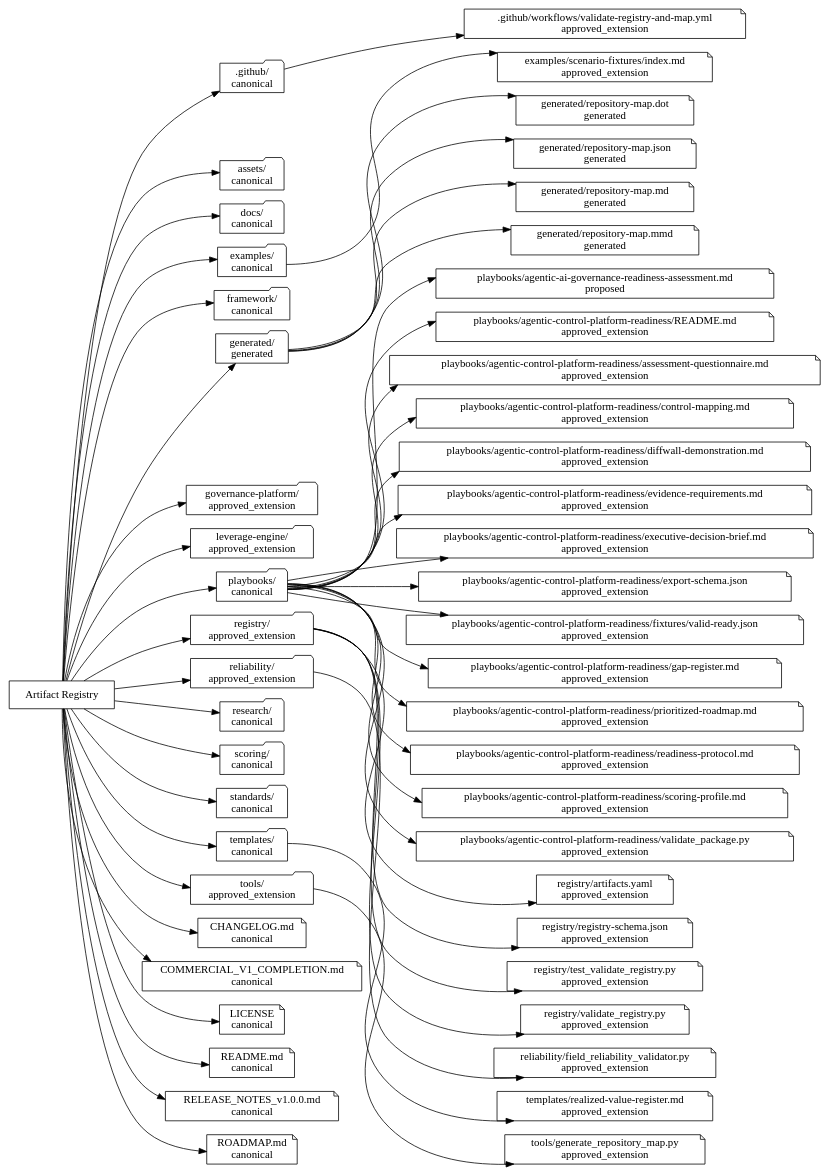
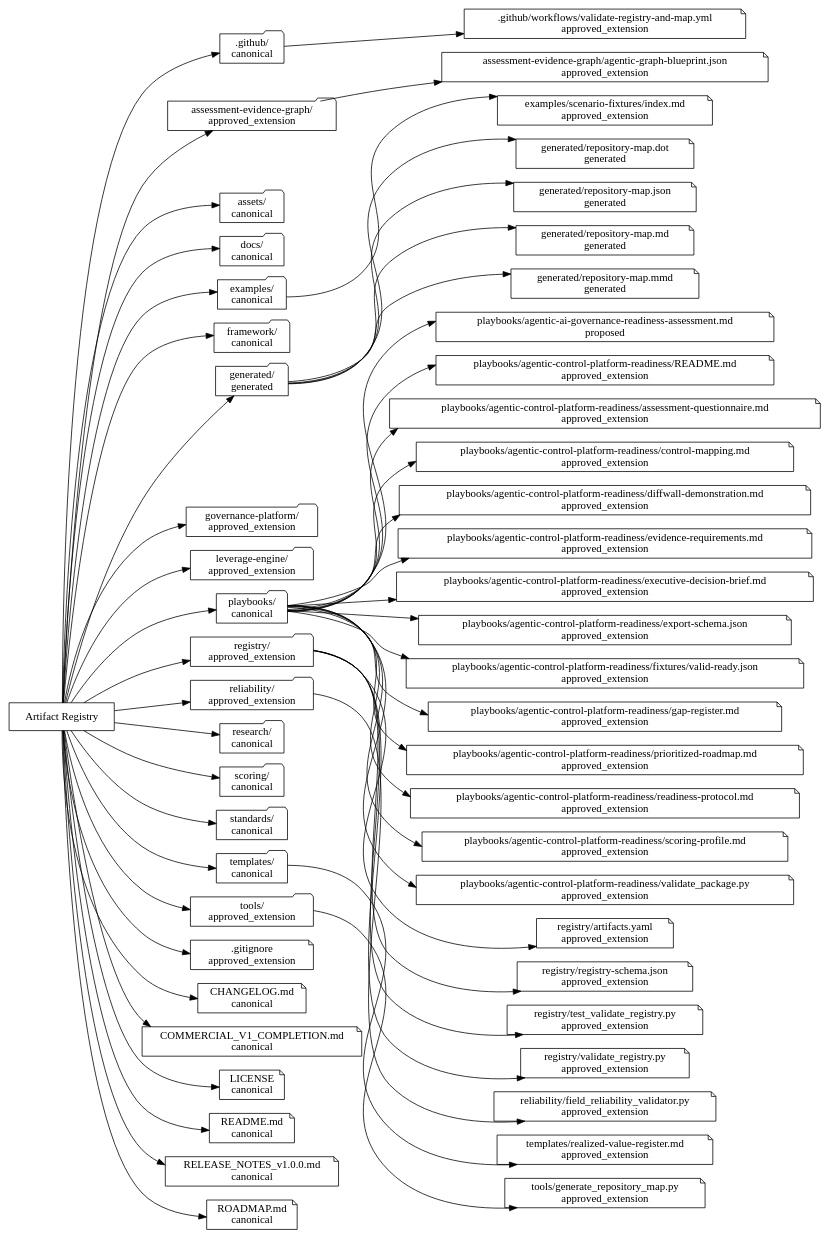
Before and after one commit to dburt-proex/operator-intelligence: the diagram in generated/repository-map.dot, drawn with Graphviz. The commit also changed 22 other files, not shown here.

Commit message:
feat(ge001): reconstruct assessment evidence graph application slice

```diff
--- a/generated/repository-map.dot
+++ b/generated/repository-map.dot
@@ -1,102 +1,108 @@
 digraph OperatorIntelligence {
   rankdir="LR";
   registry [label="Artifact Registry", shape=box];
   root1 [label=".github/\ncanonical", shape=folder];
   registry -> root1;
-  root2 [label="assets/\ncanonical", shape=folder];
+  root2 [label="assessment-evidence-graph/\napproved_extension", shape=folder];
   registry -> root2;
-  root3 [label="docs/\ncanonical", shape=folder];
+  root3 [label="assets/\ncanonical", shape=folder];
   registry -> root3;
-  root4 [label="examples/\ncanonical", shape=folder];
+  root4 [label="docs/\ncanonical", shape=folder];
   registry -> root4;
-  root5 [label="framework/\ncanonical", shape=folder];
+  root5 [label="examples/\ncanonical", shape=folder];
   registry -> root5;
-  root6 [label="generated/\ngenerated", shape=folder];
+  root6 [label="framework/\ncanonical", shape=folder];
   registry -> root6;
-  root7 [label="governance-platform/\napproved_extension", shape=folder];
+  root7 [label="generated/\ngenerated", shape=folder];
   registry -> root7;
-  root8 [label="leverage-engine/\napproved_extension", shape=folder];
+  root8 [label="governance-platform/\napproved_extension", shape=folder];
   registry -> root8;
-  root9 [label="playbooks/\ncanonical", shape=folder];
+  root9 [label="leverage-engine/\napproved_extension", shape=folder];
   registry -> root9;
-  root10 [label="registry/\napproved_extension", shape=folder];
+  root10 [label="playbooks/\ncanonical", shape=folder];
   registry -> root10;
-  root11 [label="reliability/\napproved_extension", shape=folder];
+  root11 [label="registry/\napproved_extension", shape=folder];
   registry -> root11;
-  root12 [label="research/\ncanonical", shape=folder];
+  root12 [label="reliability/\napproved_extension", shape=folder];
   registry -> root12;
-  root13 [label="scoring/\ncanonical", shape=folder];
+  root13 [label="research/\ncanonical", shape=folder];
   registry -> root13;
-  root14 [label="standards/\ncanonical", shape=folder];
+  root14 [label="scoring/\ncanonical", shape=folder];
   registry -> root14;
-  root15 [label="templates/\ncanonical", shape=folder];
+  root15 [label="standards/\ncanonical", shape=folder];
   registry -> root15;
-  root16 [label="tools/\napproved_extension", shape=folder];
+  root16 [label="templates/\ncanonical", shape=folder];
   registry -> root16;
+  root17 [label="tools/\napproved_extension", shape=folder];
+  registry -> root17;
   artifact1 [label=".github/workflows/validate-registry-and-map.yml\napproved_extension", shape=note];
   root1 -> artifact1;
-  artifact2 [label="CHANGELOG.md\ncanonical", shape=note];
+  artifact2 [label=".gitignore\napproved_extension", shape=note];
   registry -> artifact2;
-  artifact3 [label="COMMERCIAL_V1_COMPLETION.md\ncanonical", shape=note];
+  artifact3 [label="CHANGELOG.md\ncanonical", shape=note];
   registry -> artifact3;
-  artifact4 [label="LICENSE\ncanonical", shape=note];
+  artifact4 [label="COMMERCIAL_V1_COMPLETION.md\ncanonical", shape=note];
   registry -> artifact4;
-  artifact5 [label="README.md\ncanonical", shape=note];
+  artifact5 [label="LICENSE\ncanonical", shape=note];
   registry -> artifact5;
-  artifact6 [label="RELEASE_NOTES_v1.0.0.md\ncanonical", shape=note];
+  artifact6 [label="README.md\ncanonical", shape=note];
   registry -> artifact6;
-  artifact7 [label="ROADMAP.md\ncanonical", shape=note];
+  artifact7 [label="RELEASE_NOTES_v1.0.0.md\ncanonical", shape=note];
   registry -> artifact7;
-  artifact8 [label="examples/scenario-fixtures/index.md\napproved_extension", shape=note];
-  root4 -> artifact8;
-  artifact9 [label="generated/repository-map.dot\ngenerated", shape=note];
-  root6 -> artifact9;
-  artifact10 [label="generated/repository-map.json\ngenerated", shape=note];
-  root6 -> artifact10;
-  artifact11 [label="generated/repository-map.md\ngenerated", shape=note];
-  root6 -> artifact11;
-  artifact12 [label="generated/repository-map.mmd\ngenerated", shape=note];
-  root6 -> artifact12;
-  artifact13 [label="playbooks/agentic-ai-governance-readiness-assessment.md\nproposed", shape=note];
-  root9 -> artifact13;
-  artifact14 [label="playbooks/agentic-control-platform-readiness/README.md\napproved_extension", shape=note];
-  root9 -> artifact14;
-  artifact15 [label="playbooks/agentic-control-platform-readiness/assessment-questionnaire.md\napproved_extension", shape=note];
-  root9 -> artifact15;
-  artifact16 [label="playbooks/agentic-control-platform-readiness/control-mapping.md\napproved_extension", shape=note];
-  root9 -> artifact16;
-  artifact17 [label="playbooks/agentic-control-platform-readiness/diffwall-demonstration.md\napproved_extension", shape=note];
-  root9 -> artifact17;
-  artifact18 [label="playbooks/agentic-control-platform-readiness/evidence-requirements.md\napproved_extension", shape=note];
-  root9 -> artifact18;
-  artifact19 [label="playbooks/agentic-control-platform-readiness/executive-decision-brief.md\napproved_extension", shape=note];
-  root9 -> artifact19;
-  artifact20 [label="playbooks/agentic-control-platform-readiness/export-schema.json\napproved_extension", shape=note];
-  root9 -> artifact20;
-  artifact21 [label="playbooks/agentic-control-platform-readiness/fixtures/valid-ready.json\napproved_extension", shape=note];
-  root9 -> artifact21;
-  artifact22 [label="playbooks/agentic-control-platform-readiness/gap-register.md\napproved_extension", shape=note];
-  root9 -> artifact22;
-  artifact23 [label="playbooks/agentic-control-platform-readiness/prioritized-roadmap.md\napproved_extension", shape=note];
-  root9 -> artifact23;
-  artifact24 [label="playbooks/agentic-control-platform-readiness/readiness-protocol.md\napproved_extension", shape=note];
-  root9 -> artifact24;
-  artifact25 [label="playbooks/agentic-control-platform-readiness/scoring-profile.md\napproved_extension", shape=note];
-  root9 -> artifact25;
-  artifact26 [label="playbooks/agentic-control-platform-readiness/validate_package.py\napproved_extension", shape=note];
-  root9 -> artifact26;
-  artifact27 [label="registry/artifacts.yaml\napproved_extension", shape=note];
+  artifact8 [label="ROADMAP.md\ncanonical", shape=note];
+  registry -> artifact8;
+  artifact9 [label="assessment-evidence-graph/agentic-graph-blueprint.json\napproved_extension", shape=note];
+  root2 -> artifact9;
+  artifact10 [label="examples/scenario-fixtures/index.md\napproved_extension", shape=note];
+  root5 -> artifact10;
+  artifact11 [label="generated/repository-map.dot\ngenerated", shape=note];
+  root7 -> artifact11;
+  artifact12 [label="generated/repository-map.json\ngenerated", shape=note];
+  root7 -> artifact12;
+  artifact13 [label="generated/repository-map.md\ngenerated", shape=note];
+  root7 -> artifact13;
+  artifact14 [label="generated/repository-map.mmd\ngenerated", shape=note];
+  root7 -> artifact14;
+  artifact15 [label="playbooks/agentic-ai-governance-readiness-assessment.md\nproposed", shape=note];
+  root10 -> artifact15;
+  artifact16 [label="playbooks/agentic-control-platform-readiness/README.md\napproved_extension", shape=note];
+  root10 -> artifact16;
+  artifact17 [label="playbooks/agentic-control-platform-readiness/assessment-questionnaire.md\napproved_extension", shape=note];
+  root10 -> artifact17;
+  artifact18 [label="playbooks/agentic-control-platform-readiness/control-mapping.md\napproved_extension", shape=note];
+  root10 -> artifact18;
+  artifact19 [label="playbooks/agentic-control-platform-readiness/diffwall-demonstration.md\napproved_extension", shape=note];
+  root10 -> artifact19;
+  artifact20 [label="playbooks/agentic-control-platform-readiness/evidence-requirements.md\napproved_extension", shape=note];
+  root10 -> artifact20;
+  artifact21 [label="playbooks/agentic-control-platform-readiness/executive-decision-brief.md\napproved_extension", shape=note];
+  root10 -> artifact21;
+  artifact22 [label="playbooks/agentic-control-platform-readiness/export-schema.json\napproved_extension", shape=note];
+  root10 -> artifact22;
+  artifact23 [label="playbooks/agentic-control-platform-readiness/fixtures/valid-ready.json\napproved_extension", shape=note];
+  root10 -> artifact23;
+  artifact24 [label="playbooks/agentic-control-platform-readiness/gap-register.md\napproved_extension", shape=note];
+  root10 -> artifact24;
+  artifact25 [label="playbooks/agentic-control-platform-readiness/prioritized-roadmap.md\napproved_extension", shape=note];
+  root10 -> artifact25;
+  artifact26 [label="playbooks/agentic-control-platform-readiness/readiness-protocol.md\napproved_extension", shape=note];
+  root10 -> artifact26;
+  artifact27 [label="playbooks/agentic-control-platform-readiness/scoring-profile.md\napproved_extension", shape=note];
   root10 -> artifact27;
-  artifact28 [label="registry/registry-schema.json\napproved_extension", shape=note];
+  artifact28 [label="playbooks/agentic-control-platform-readiness/validate_package.py\napproved_extension", shape=note];
   root10 -> artifact28;
-  artifact29 [label="registry/test_validate_registry.py\napproved_extension", shape=note];
-  root10 -> artifact29;
-  artifact30 [label="registry/validate_registry.py\napproved_extension", shape=note];
-  root10 -> artifact30;
-  artifact31 [label="reliability/field_reliability_validator.py\napproved_extension", shape=note];
+  artifact29 [label="registry/artifacts.yaml\napproved_extension", shape=note];
+  root11 -> artifact29;
+  artifact30 [label="registry/registry-schema.json\napproved_extension", shape=note];
+  root11 -> artifact30;
+  artifact31 [label="registry/test_validate_registry.py\napproved_extension", shape=note];
   root11 -> artifact31;
-  artifact32 [label="templates/realized-value-register.md\napproved_extension", shape=note];
-  root15 -> artifact32;
-  artifact33 [label="tools/generate_repository_map.py\napproved_extension", shape=note];
-  root16 -> artifact33;
+  artifact32 [label="registry/validate_registry.py\napproved_extension", shape=note];
+  root11 -> artifact32;
+  artifact33 [label="reliability/field_reliability_validator.py\napproved_extension", shape=note];
+  root12 -> artifact33;
+  artifact34 [label="templates/realized-value-register.md\napproved_extension", shape=note];
+  root16 -> artifact34;
+  artifact35 [label="tools/generate_repository_map.py\napproved_extension", shape=note];
+  root17 -> artifact35;
 }
```
